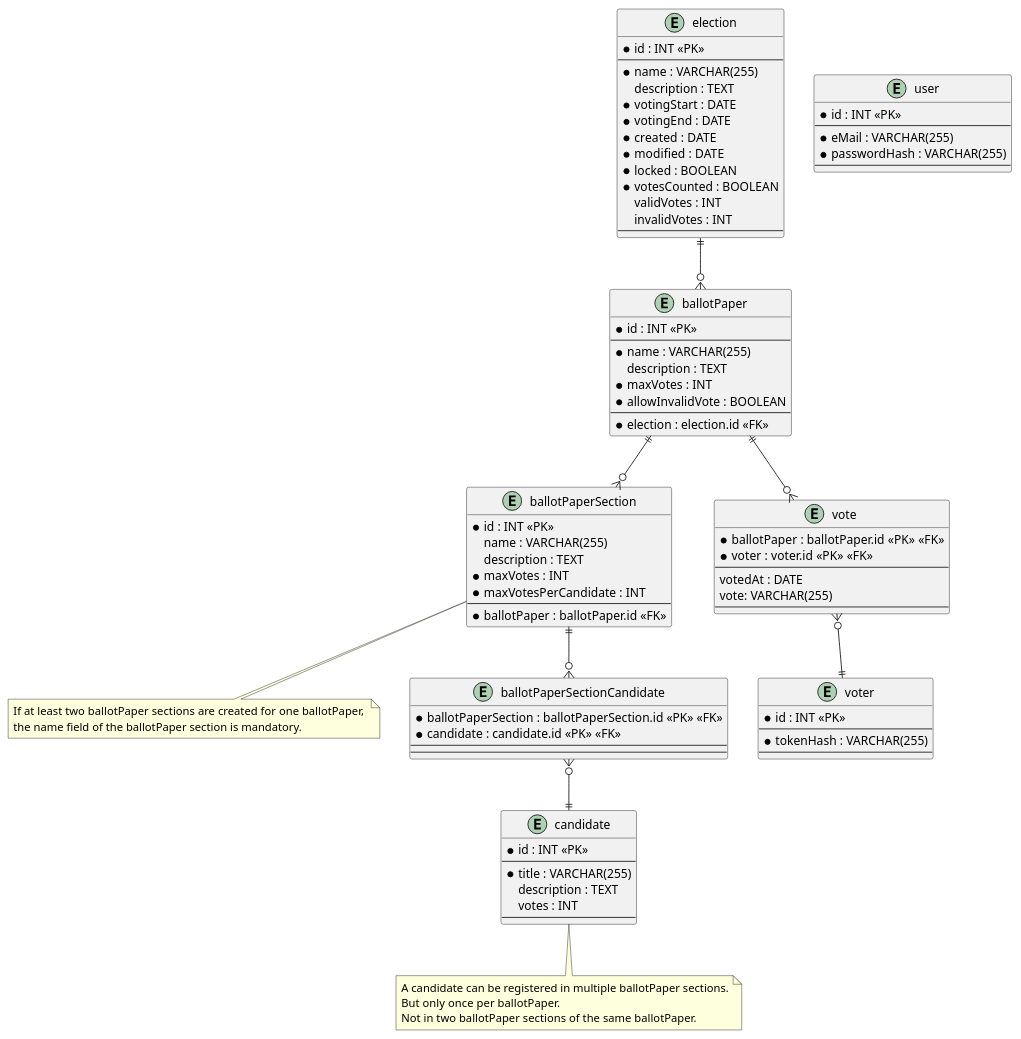
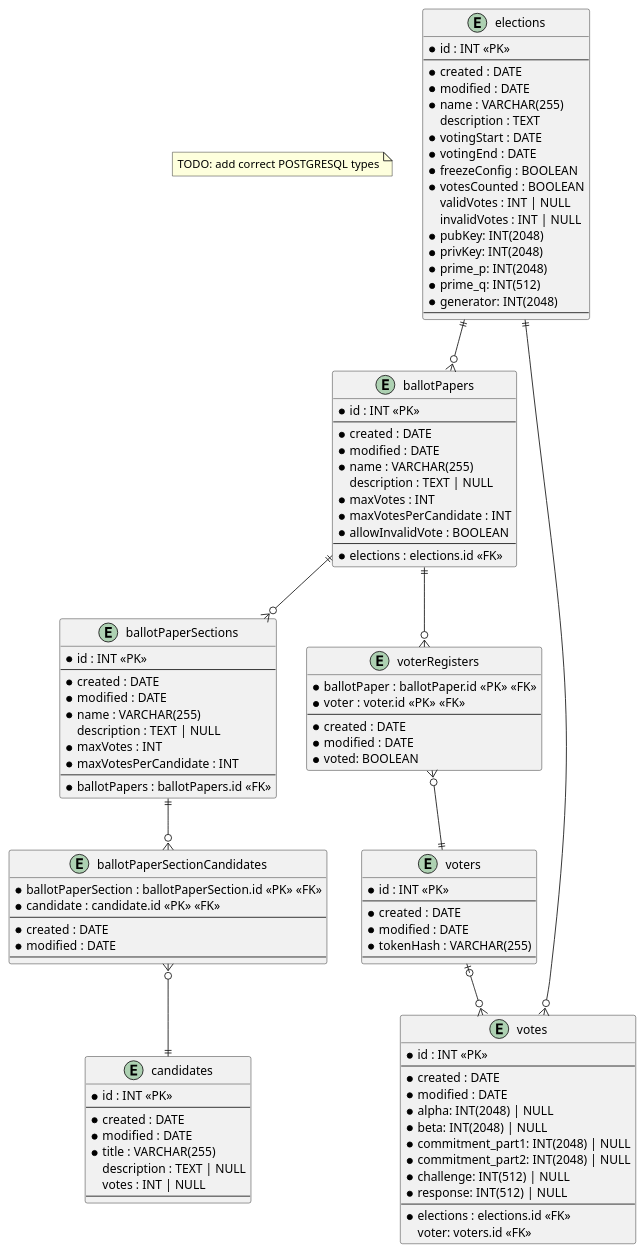
One commit to SE-UUlm/votura changed the diagram in apps/docs/static/uml/dataModel.puml. Above: the diagram before and after it, drawn with PlantUML.

Commit message:
#33: update db data model

```diff
--- a/apps/docs/static/uml/dataModel.puml
+++ b/apps/docs/static/uml/dataModel.puml
@@ -1,105 +1,127 @@
 @startuml dataModel
 
-entity "election" as election {
+note as N1
+TODO: add correct POSTGRESQL types
+end note
+
+entity "elections" as elections {
     * id : INT <<PK>>
     --
+    * created : DATE
+    * modified : DATE
     * name : VARCHAR(255)
     description : TEXT
     * votingStart : DATE
     * votingEnd : DATE
-    * created : DATE
-    * modified : DATE
-    ' locked needs to be discussed
-    * locked : BOOLEAN
+    * freezeConfig : BOOLEAN
     * votesCounted : BOOLEAN
-    validVotes : INT
-    invalidVotes : INT
+    ' Computed values such as validVotes and invalidVotes are critical - do we really want to store them?
+    validVotes : INT | NULL
+    invalidVotes : INT | NULL
+    * pubKey: INT(2048)
+    * privKey: INT(2048)
+    * prime_p: INT(2048) 
+    * prime_q: INT(512)
+    * generator: INT(2048)
     --
 }
 
-entity "ballotPaper" as ballotPaper {
+entity "ballotPapers" as ballotPapers {
     * id : INT <<PK>>
     --
+    * created : DATE
+    * modified : DATE
     * name : VARCHAR(255)
-    description : TEXT
+    description : TEXT | NULL
     * maxVotes : INT
+    * maxVotesPerCandidate : INT
     * allowInvalidVote : BOOLEAN
     --
-    * election : election.id <<FK>>
+    * elections : elections.id <<FK>>
 }
 
-entity "ballotPaperSection" as ballotPaperSection {
-    'A ballotPaper section 
+entity "ballotPaperSections" as ballotPaperSections {
     * id : INT <<PK>>
-    name : VARCHAR(255)
-    description : TEXT
+    --
+    * created : DATE
+    * modified : DATE
+    * name : VARCHAR(255)
+    description : TEXT | NULL
     * maxVotes : INT
     * maxVotesPerCandidate : INT
     --
-    * ballotPaper : ballotPaper.id <<FK>>
+    * ballotPapers : ballotPapers.id <<FK>>
 }
-note as C_2
-If at least two ballotPaper sections are created for one ballotPaper, 
-the name field of the ballotPaper section is mandatory.
-end note
+' note as C_2
+' If at least two ballotPapers sections are created for one ballotPapers, 
+' the name field of the ballotPapers section is mandatory.
+' end note
 
-entity "ballotPaperSectionCandidate" as candidateRegister {
+entity "ballotPaperSectionCandidates" as ballotPaperSectionCandidates {
     * ballotPaperSection : ballotPaperSection.id <<PK>> <<FK>>
     * candidate : candidate.id <<PK>> <<FK>>
     --
+    * created : DATE
+    * modified : DATE
     --
 }
 
-entity "candidate" as candidate {
+entity "candidates" as candidates {
     * id : INT <<PK>>
     --
+    * created : DATE
+    * modified : DATE
     * title : VARCHAR(255)
-    description : TEXT
-    votes : INT
+    description : TEXT | NULL
+    votes : INT | NULL
     --
 }
 
-note as C_1
-A candidate can be registered in multiple ballotPaper sections.
-But only once per ballotPaper.
-Not in two ballotPaper sections of the same ballotPaper.
-end note
+entity "votes" as votes {
+    * id : INT <<PK>>
+    --
+    * created : DATE
+    * modified : DATE
+    * alpha: INT(2048) | NULL
+    * beta: INT(2048) | NULL
+    * commitment_part1: INT(2048) | NULL
+    * commitment_part2: INT(2048) | NULL
+    * challenge: INT(512) | NULL
+    * response: INT(512) | NULL
+    --
+    * elections : elections.id <<FK>>
+    ' if the vote isn't secret voter can be saved
+    voter: voters.id <<FK>>
+}
 
-
-entity "vote " as vote {
+entity "voterRegisters" as voterRegisters {
     * ballotPaper : ballotPaper.id <<PK>> <<FK>>
     * voter : voter.id <<PK>> <<FK>>
     --
-    '* hasVoted : BOOLEAN
-    votedAt : DATE
-    'under the assumption that an empty vote results in a hash value, if the voter has not voted the 'vote' is a empty string.
-    vote: VARCHAR(255)
-    --
+    * created : DATE
+    * modified : DATE
+    * voted: BOOLEAN
 }
 
-entity "voter" as voter {
+entity "voters" as voters {
     * id : INT <<PK>>
     --
+    * created : DATE
+    * modified : DATE
     * tokenHash : VARCHAR(255)
     --
 }
 
-entity "user" as user {
-    * id : INT <<PK>>
-    --
-    * eMail : VARCHAR(255)
-    * passwordHash : VARCHAR(255)
-    --
-}
+
+elections ||--o{ ballotPapers
+ballotPapers ||--o{ voterRegisters
+voterRegisters }o--|| voters
+ballotPapers ||--o{ ballotPaperSections
+' ballotPaperSections -- C_2
+ballotPaperSections ||--o{ ballotPaperSectionCandidates
+ballotPaperSectionCandidates }o--|| candidates
+votes }o--|| elections
+voters |o--o{ votes
 
 
-election ||--o{ ballotPaper
-ballotPaper ||--o{ vote
-vote }o--|| voter
-ballotPaper ||--o{ ballotPaperSection
-ballotPaperSection -- C_2
-ballotPaperSection ||--o{ candidateRegister
-candidateRegister }o--|| candidate
-candidate -- C_1
-
 @enduml
```
